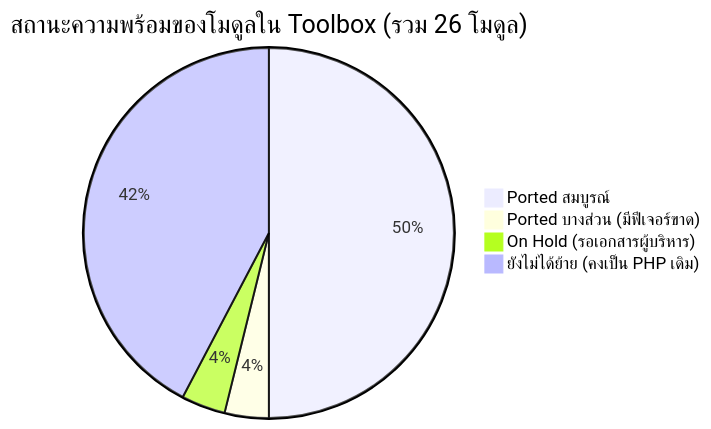
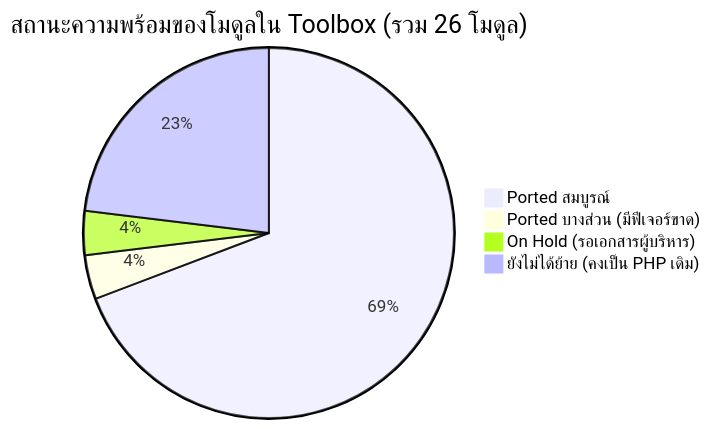
Before and after one commit to Scyst/MES: the first of 2 diagrams in MES/docs/blueprint/MES_LEGACY_VS_TOOLBOX_GAP_ANALYSIS.md, drawn with Mermaid. The commit also changed other lines of this file and 35 other files, not shown here.

````diff
--- a/MES/docs/blueprint/MES_LEGACY_VS_TOOLBOX_GAP_ANALYSIS.md
+++ b/MES/docs/blueprint/MES_LEGACY_VS_TOOLBOX_GAP_ANALYSIS.md
@@ -18,7 +18,7 @@
 ```mermaid
 pie title สถานะความพร้อมของโมดูลใน Toolbox (รวม 26 โมดูล)
-    "Ported สมบูรณ์" : 13
+    "Ported สมบูรณ์" : 18
     "Ported บางส่วน (มีฟีเจอร์ขาด)" : 1
     "On Hold (รอเอกสารผู้บริหาร)" : 1
-    "ยังไม่ได้ย้าย (คงเป็น PHP เดิม)" : 11
+    "ยังไม่ได้ย้าย (คงเป็น PHP เดิม)" : 6
 ```
````
